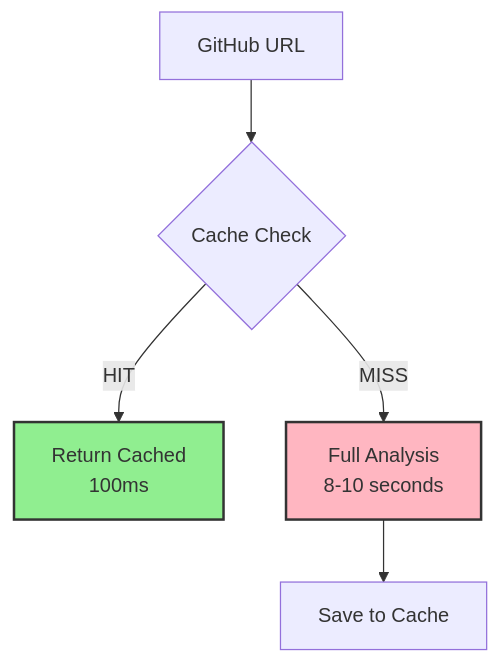
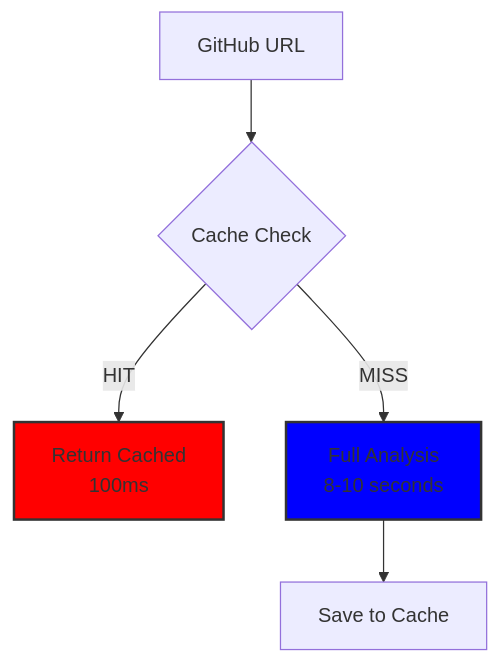
One commit to Aarzoo-Bansal/ai-demo-builder-2.0 changed the fourth of 4 diagrams in infrastructure/README.md. Above: the diagram before and after it, drawn with Mermaid.

````diff
--- a/infrastructure/README.md
+++ b/infrastructure/README.md
@@ -141,10 +141,10 @@
 ```mermaid
 flowchart TD
     A[GitHub URL] --> B{Cache Check}
     B -->|HIT| C[Return Cached<br/>100ms]
     B -->|MISS| D[Full Analysis<br/>8-10 seconds]
     D --> E[Save to Cache]
     
-    style C fill:#90EE90,stroke:#333,stroke-width:2px
-    style D fill:#FFB6C1,stroke:#333,stroke-width:2px
+    style C fill:red,stroke:#333,stroke-width:2px
+    style D fill:blue,stroke:#333,stroke-width:2px
 ```
````
